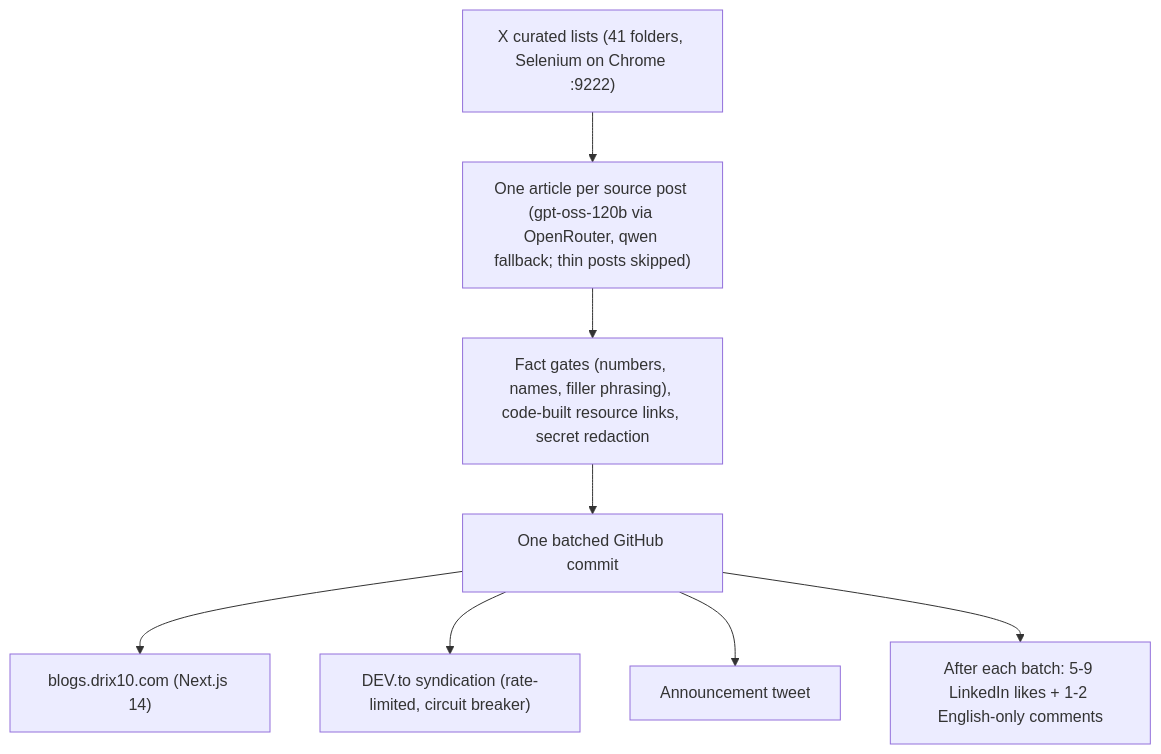
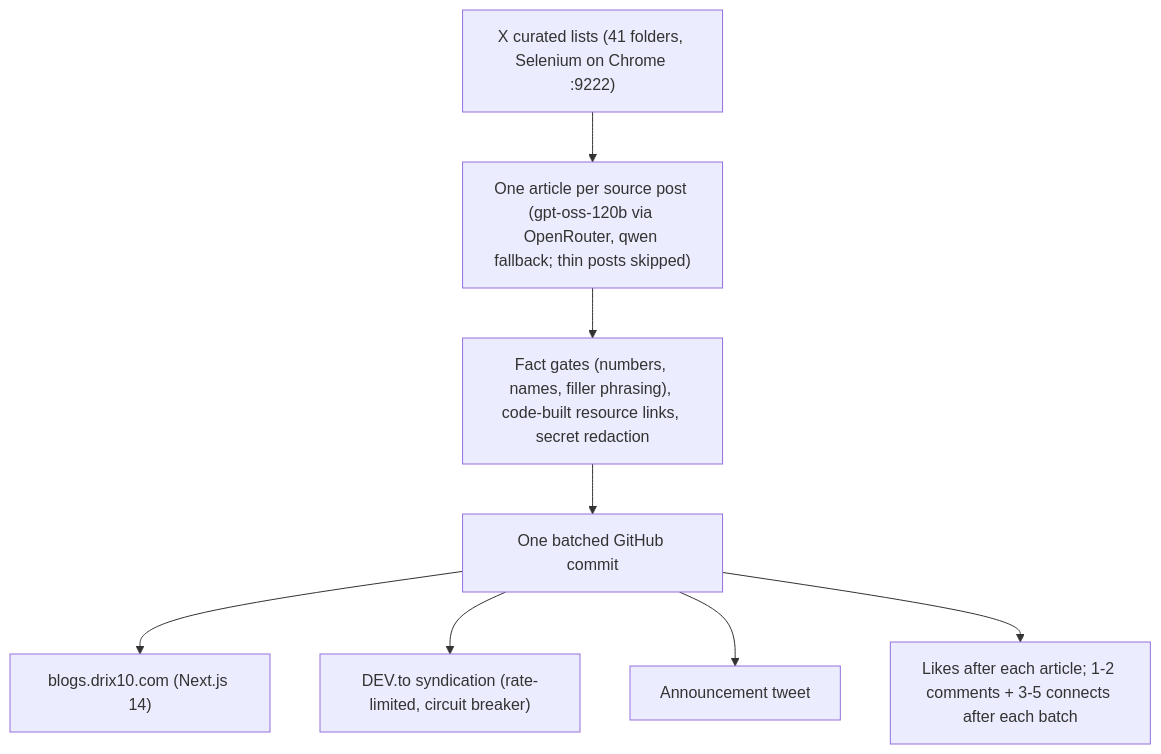
The diagram in README.md (Drix10/ai-resources-pipeline), drawn with Mermaid before and after one commit. The commit also changed other lines of this file and 3 other files, not shown here.

Commit message:
fix(linkedin): comments that never landed, interleave likes per article, comments and connects per batch

````diff
--- a/README.md
+++ b/README.md
@@ -31,10 +31,10 @@
 ```mermaid
 flowchart TD
     A["X curated lists (41 folders, Selenium on Chrome :9222)"] --> B["One article per source post (gpt-oss-120b via OpenRouter, qwen fallback; thin posts skipped)"]
     B --> C["Fact gates (numbers, names, filler phrasing), code-built resource links, secret redaction"]
     C --> D["One batched GitHub commit"]
     D --> E["blogs.drix10.com (Next.js 14)"]
     D --> F["DEV.to syndication (rate-limited, circuit breaker)"]
     D --> G["Announcement tweet"]
-    D --> H["After each batch: 5-9 LinkedIn likes + 1-2 English-only comments"]
+    D --> H["Likes after each article; 1-2 comments + 3-5 connects after each batch"]
 ```
````
